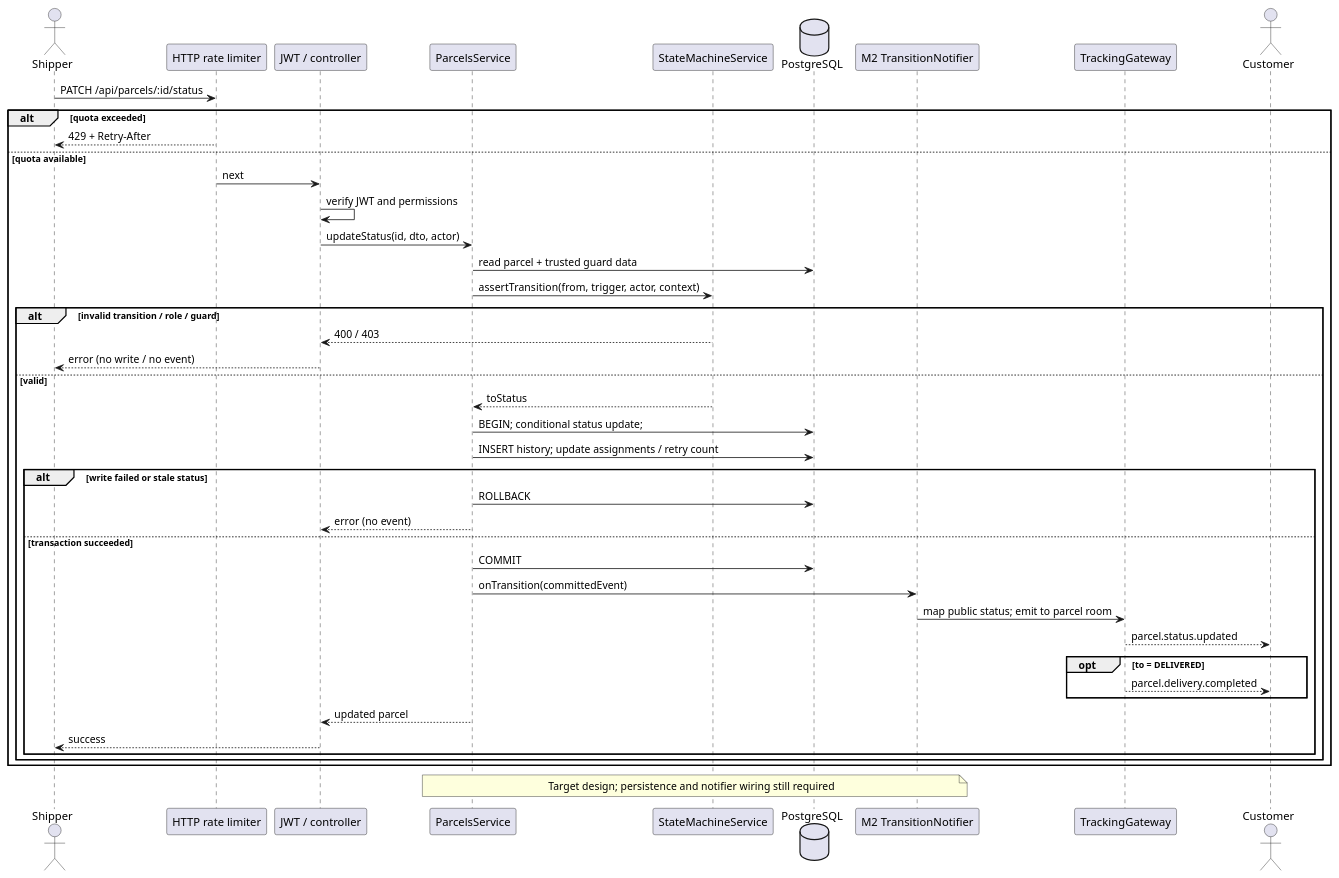
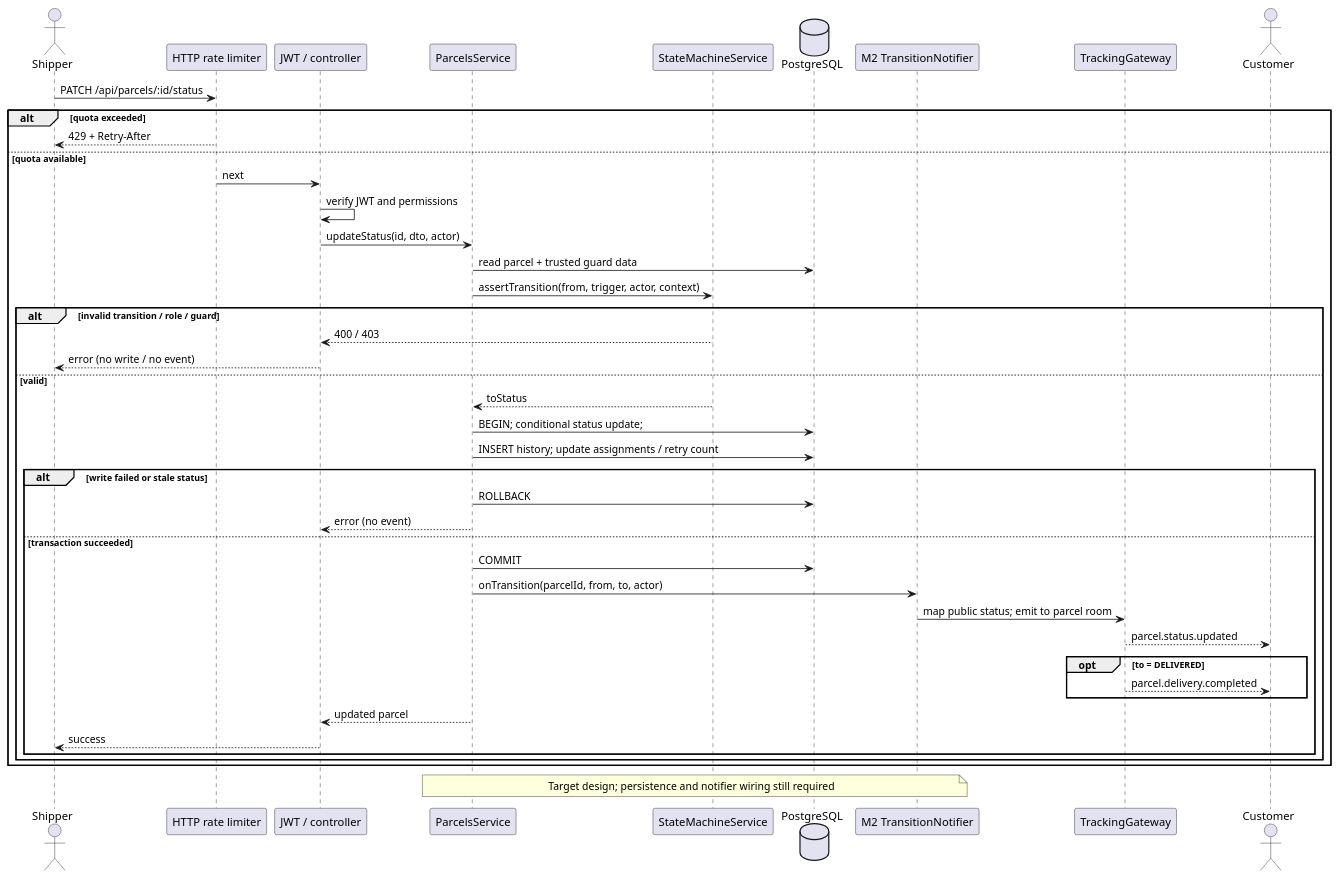
One commit to Lilian576/Last-MileExpressLogistics-ParcelTrackingSystem changed the diagram in docs/uml/sequence.puml. Above: the diagram before and after it, drawn with PlantUML. The commit also changed 4 other files, not shown here.

Commit message:
docs: finalize transition hook and gateway event contract

```diff
--- a/docs/uml/sequence.puml
+++ b/docs/uml/sequence.puml
@@ -1,44 +1,44 @@
 @startuml
 actor Shipper
 participant "HTTP rate limiter" as Limit
 participant "JWT / controller" as API
 participant ParcelsService as Service
 participant StateMachineService as SM
 database PostgreSQL as DB
 participant "M2 TransitionNotifier" as Hook
 participant TrackingGateway as WS
 actor Customer
 Shipper -> Limit : PATCH /api/parcels/:id/status
 alt quota exceeded
   Limit --> Shipper : 429 + Retry-After
 else quota available
   Limit -> API : next
   API -> API : verify JWT and permissions
   API -> Service : updateStatus(id, dto, actor)
   Service -> DB : read parcel + trusted guard data
   Service -> SM : assertTransition(from, trigger, actor, context)
   alt invalid transition / role / guard
     SM --> API : 400 / 403
     API --> Shipper : error (no write / no event)
   else valid
     SM --> Service : toStatus
     Service -> DB : BEGIN; conditional status update;
     Service -> DB : INSERT history; update assignments / retry count
     alt write failed or stale status
       Service -> DB : ROLLBACK
       Service --> API : error (no event)
     else transaction succeeded
       Service -> DB : COMMIT
-      Service -> Hook : onTransition(committedEvent)
+      Service -> Hook : onTransition(parcelId, from, to, actor)
       Hook -> WS : map public status; emit to parcel room
       WS --> Customer : parcel.status.updated
       opt to = DELIVERED
         WS --> Customer : parcel.delivery.completed
       end
       Service --> API : updated parcel
       API --> Shipper : success
     end
   end
 end
 note over Service,Hook : Target design; persistence and notifier wiring still required
 @enduml
```
